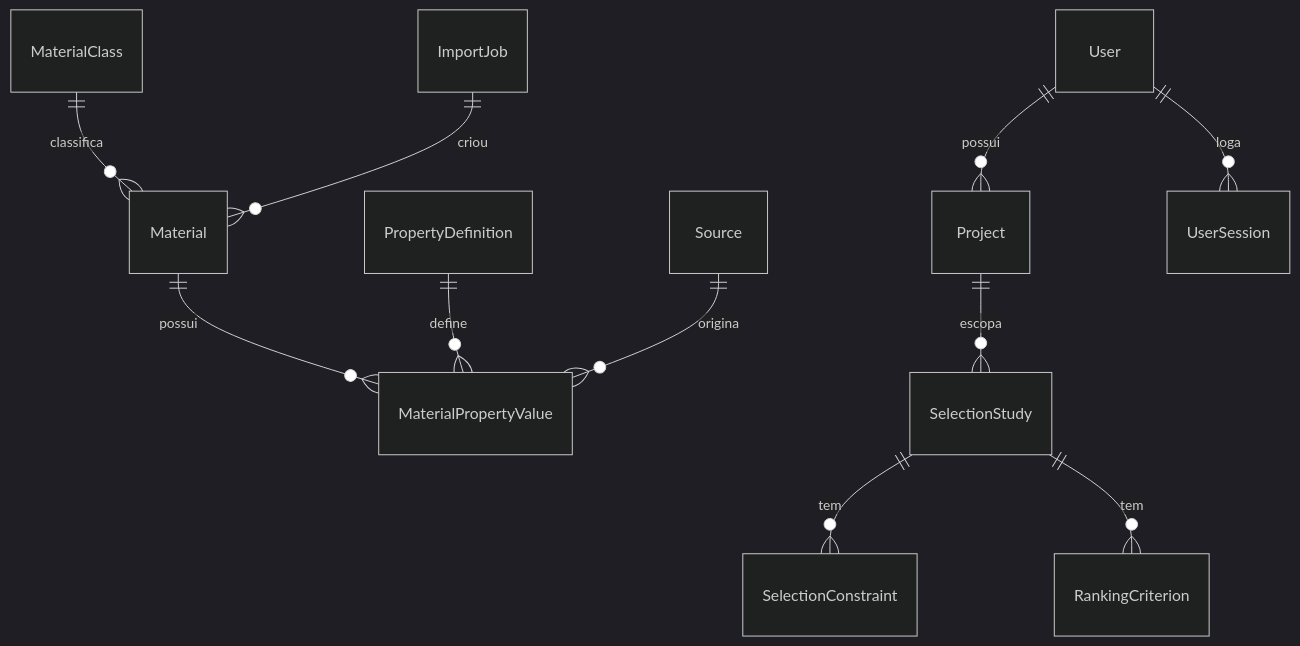
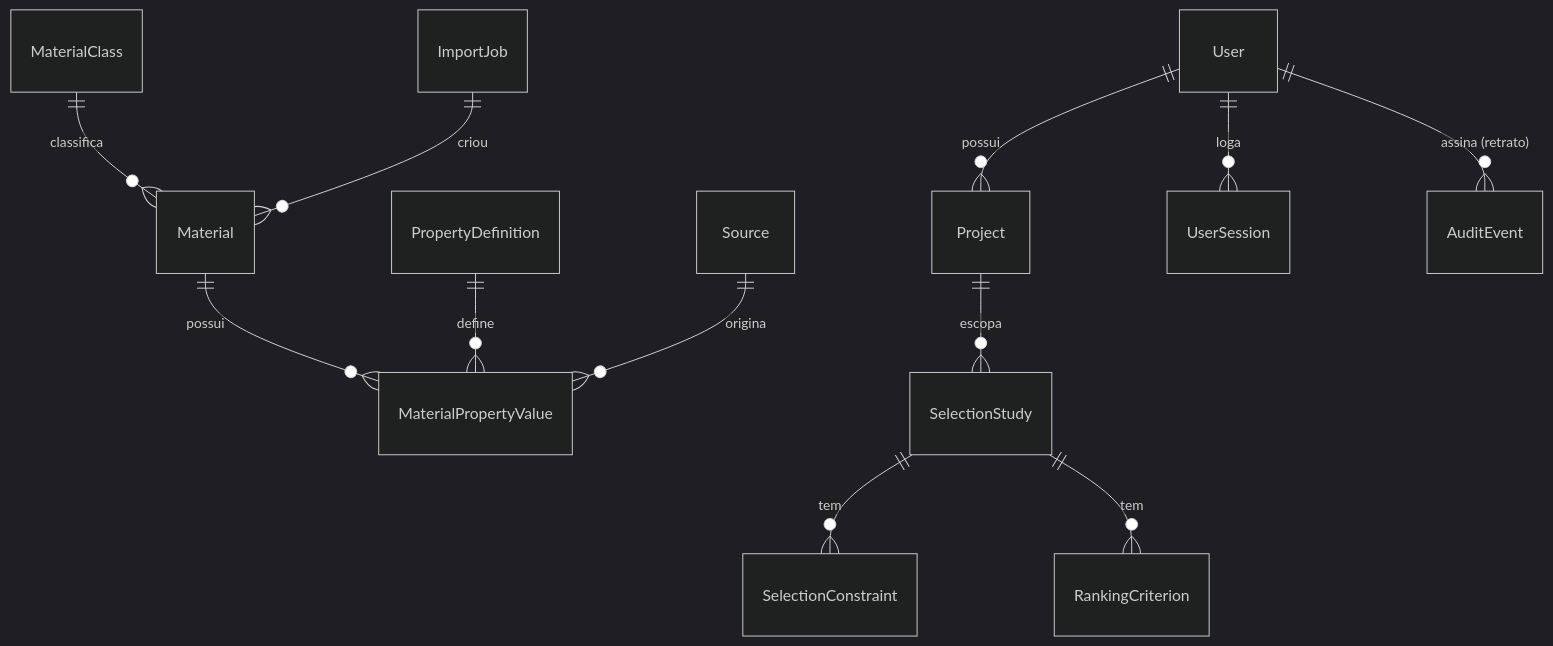
Before and after one commit to Streeft/MaterialSelect-AI: the seventh of 8 diagrams in docs/ARCHITECTURE.md, drawn with Mermaid (dark theme). The commit also changed other lines of this file and 25 other files, not shown here.

````diff
--- a/docs/ARCHITECTURE.md
+++ b/docs/ARCHITECTURE.md
@@ -272,13 +272,14 @@
 ```mermaid
 erDiagram
   MaterialClass ||--o{ Material : classifica
   Material ||--o{ MaterialPropertyValue : possui
   PropertyDefinition ||--o{ MaterialPropertyValue : define
   Source ||--o{ MaterialPropertyValue : origina
   ImportJob ||--o{ Material : criou
   User ||--o{ Project : possui
   User ||--o{ UserSession : loga
   Project ||--o{ SelectionStudy : escopa
   SelectionStudy ||--o{ SelectionConstraint : tem
   SelectionStudy ||--o{ RankingCriterion : tem
+  User ||--o{ AuditEvent : "assina (retrato)"
 ```
````
